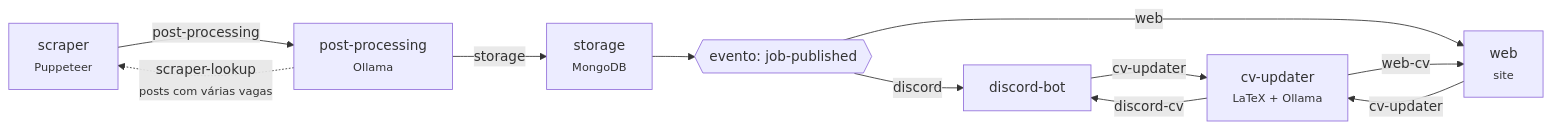
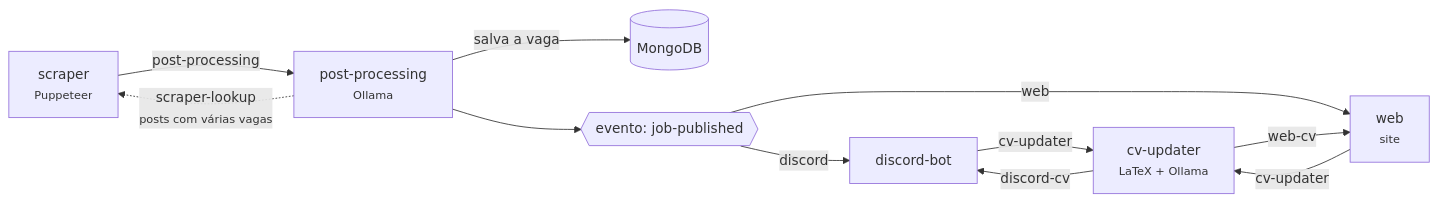
The diagram in README.md (P0sseid0n/jobs-scraper), drawn with Mermaid before and after one commit. The commit also changed other lines of this file and 19 other files, not shown here.

First line of the commit message:
Junta o serviço storage ao post-processing

````diff
--- a/README.md
+++ b/README.md
@@ -23,13 +23,13 @@
 ```mermaid
 flowchart LR
 	scraper["scraper<br/><small>Puppeteer</small>"] -- "post-processing" --> processing["post-processing<br/><small>Ollama</small>"]
 	processing -. "scraper-lookup<br/><small>posts com várias vagas</small>" .-> scraper
-	processing -- "storage" --> storage["storage<br/><small>MongoDB</small>"]
-	storage --> event{{"evento: job-published"}}
+	processing -- "salva a vaga" --> db[("MongoDB")]
+	processing --> event{{"evento: job-published"}}
 	event -- "discord" --> bot["discord-bot"]
 	event -- "web" --> web["web<br/><small>site</small>"]
 	bot -- "cv-updater" --> cv["cv-updater<br/><small>LaTeX + Ollama</small>"]
 	web -- "cv-updater" --> cv
 	cv -- "discord-cv" --> bot
 	cv -- "web-cv" --> web
 ```
````
